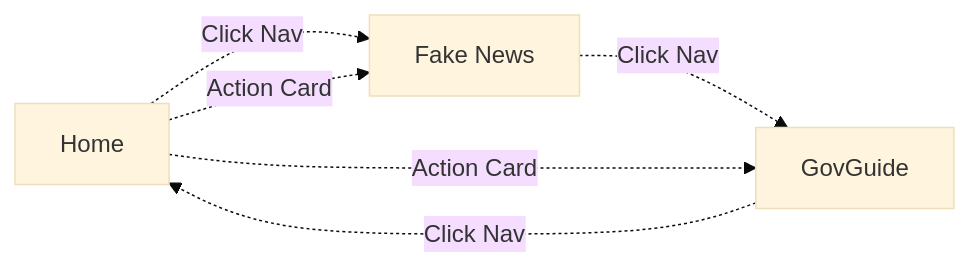
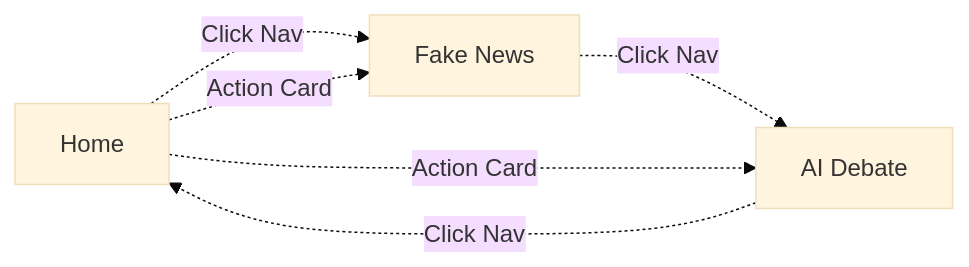
The sixth of 6 diagrams in USER-FLOW.md (Galarj/hackathon-try), drawn with Mermaid (base theme) before and after one commit. The commit also changed other lines of this file and 3 other files, not shown here.

````diff
--- a/USER-FLOW.md
+++ b/USER-FLOW.md
@@ -557,9 +472,9 @@
 ```mermaid
 graph LR
     A[Home] -.->|Click Nav| B[Fake News]
-    B -.->|Click Nav| C[GovGuide]
+    B -.->|Click Nav| C[AI Debate]
     C -.->|Click Nav| A
     
     A -.->|Action Card| B
     A -.->|Action Card| C
 ```
````
